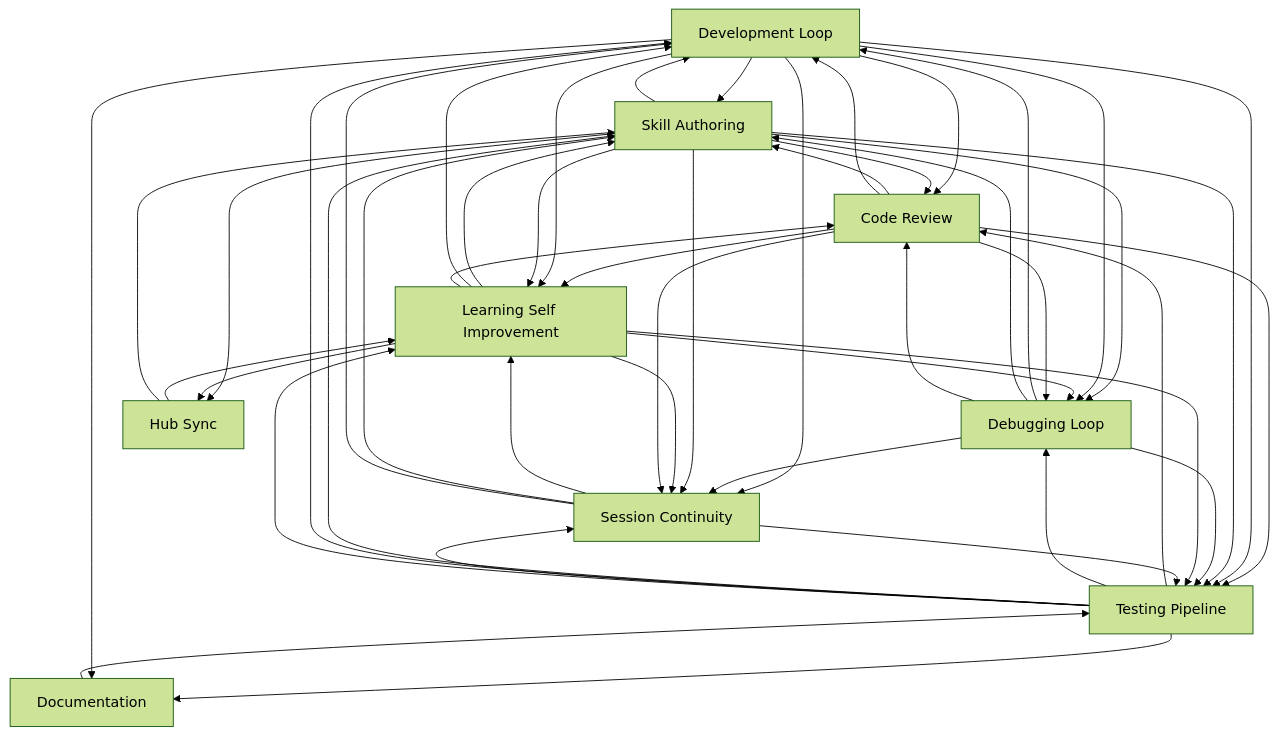
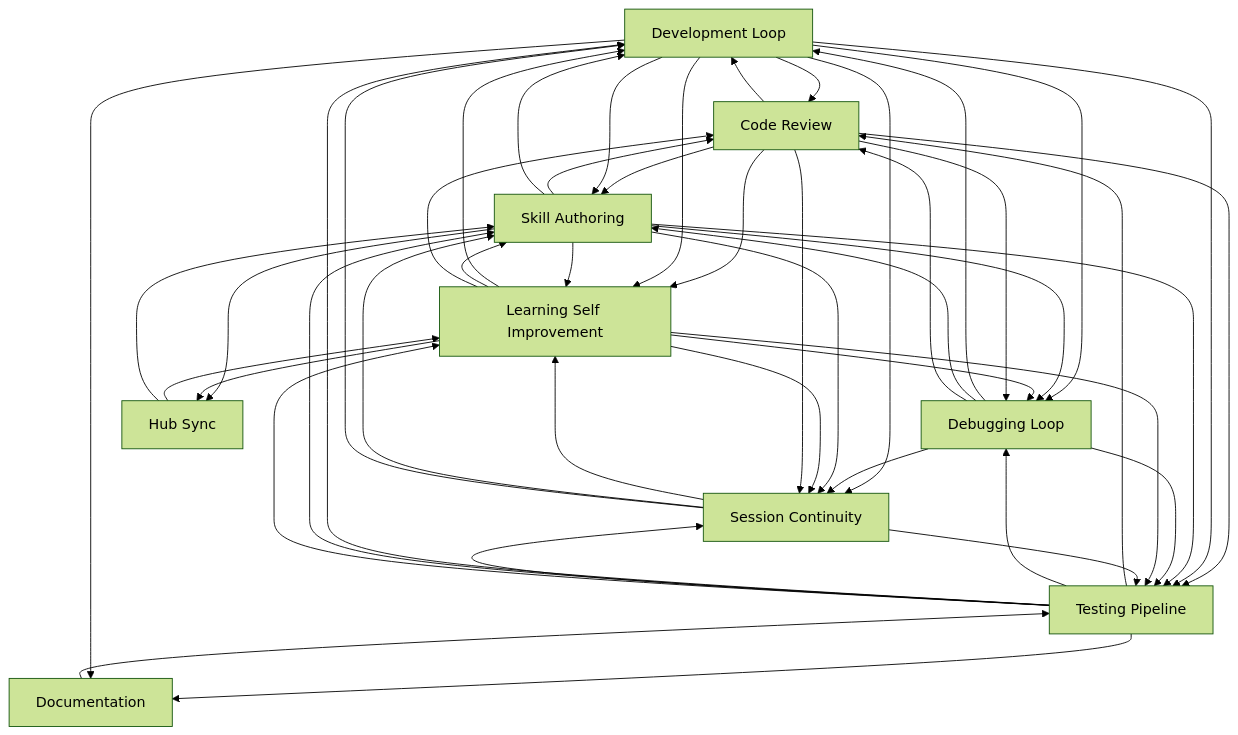
One commit to abhayla/claude-best-practices changed the diagram in docs/workflows/INDEX.md. Above: the diagram before and after it, drawn with Mermaid (forest theme). The commit also changed other lines of this file and 13 other files, not shown here.

````diff
--- a/docs/workflows/INDEX.md
+++ b/docs/workflows/INDEX.md
@@ -21,58 +21,58 @@
 ```mermaid
 graph TD
     development_loop[Development Loop]
     testing_pipeline[Testing Pipeline]
     debugging_loop[Debugging Loop]
     learning_self_improvement[Learning Self Improvement]
     session_continuity[Session Continuity]
     skill_authoring[Skill Authoring]
     code_review[Code Review]
     documentation[Documentation]
     hub_sync[Hub Sync]
     documentation --> testing_pipeline
+    code_review --> development_loop
     code_review --> skill_authoring
-    code_review --> development_loop
+    development_loop --> code_review
     development_loop --> skill_authoring
-    development_loop --> code_review
     code_review --> learning_self_improvement
     code_review --> testing_pipeline
     development_loop --> learning_self_improvement
     development_loop --> testing_pipeline
     testing_pipeline --> code_review
     testing_pipeline --> debugging_loop
+    testing_pipeline --> development_loop
     testing_pipeline --> skill_authoring
-    testing_pipeline --> development_loop
     skill_authoring --> code_review
     skill_authoring --> development_loop
     skill_authoring --> learning_self_improvement
     skill_authoring --> testing_pipeline
     development_loop --> session_continuity
     debugging_loop --> session_continuity
     debugging_loop --> development_loop
+    testing_pipeline --> session_continuity
     skill_authoring --> session_continuity
-    testing_pipeline --> session_continuity
     debugging_loop --> skill_authoring
+    debugging_loop --> code_review
     debugging_loop --> testing_pipeline
-    debugging_loop --> code_review
+    development_loop --> debugging_loop
     skill_authoring --> debugging_loop
-    development_loop --> debugging_loop
+    learning_self_improvement --> debugging_loop
+    learning_self_improvement --> development_loop
     learning_self_improvement --> skill_authoring
-    learning_self_improvement --> development_loop
-    learning_self_improvement --> debugging_loop
+    learning_self_improvement --> code_review
     learning_self_improvement --> testing_pipeline
-    learning_self_improvement --> code_review
     code_review --> debugging_loop
     learning_self_improvement --> session_continuity
+    code_review --> session_continuity
     testing_pipeline --> learning_self_improvement
-    code_review --> session_continuity
     session_continuity --> learning_self_improvement
     session_continuity --> skill_authoring
     testing_pipeline --> documentation
     development_loop --> documentation
     session_continuity --> development_loop
     session_continuity --> testing_pipeline
     skill_authoring --> hub_sync
     learning_self_improvement --> hub_sync
     hub_sync --> learning_self_improvement
     hub_sync --> skill_authoring
 ```
````
